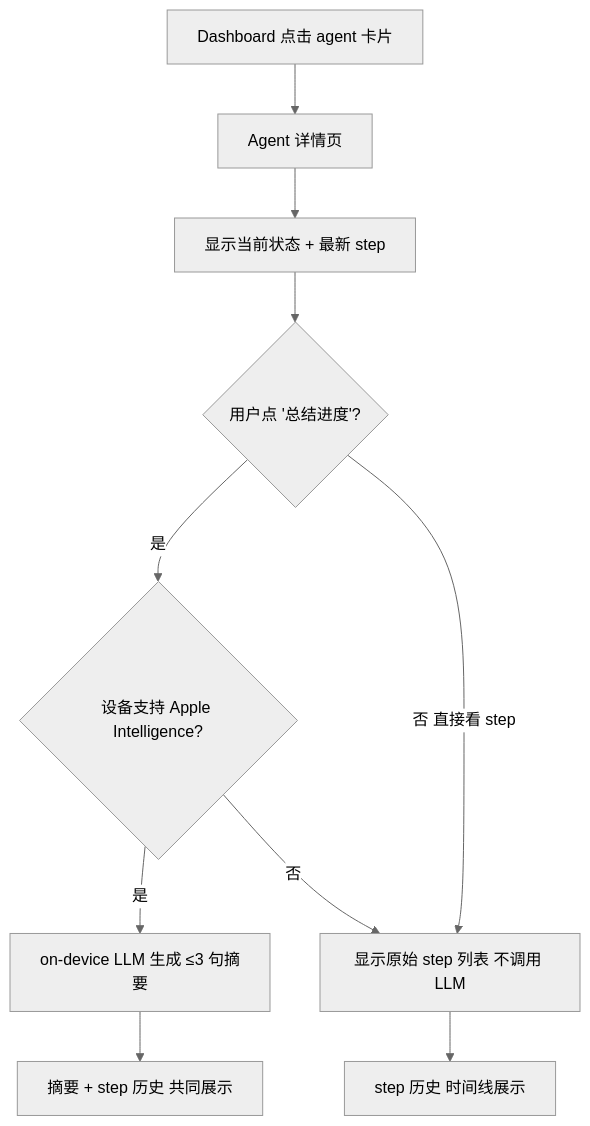
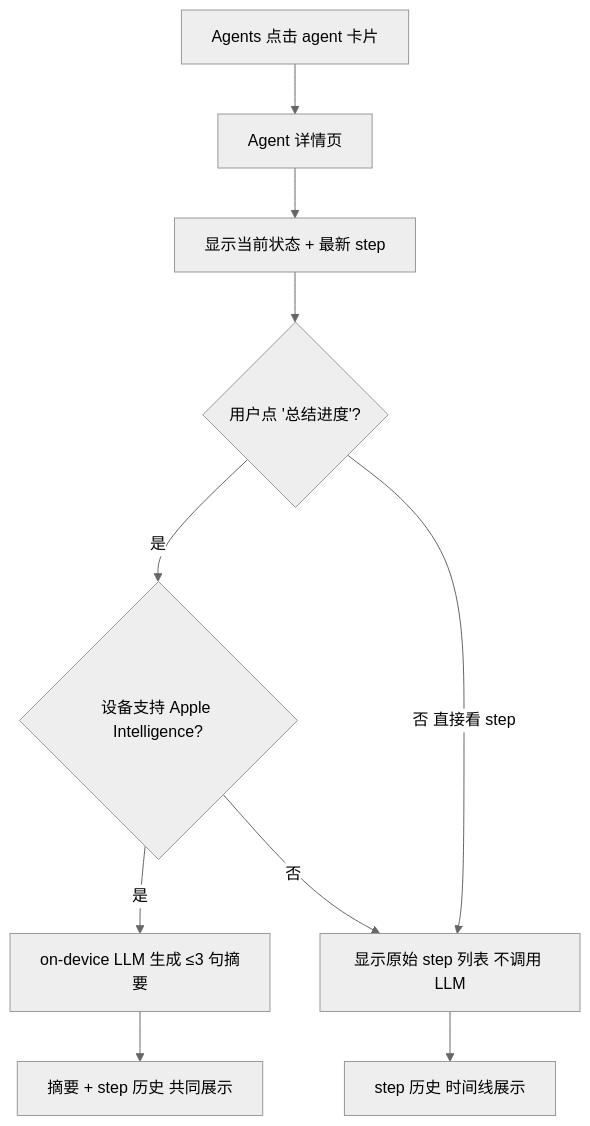
Before and after one commit to rtxIII/BarkMate: the second of 2 diagrams in doc/product.md, drawn with Mermaid (neutral theme). The commit also changed other lines of this file and 18 other files, not shown here.

````diff
--- a/doc/product.md
+++ b/doc/product.md
@@ -278,12 +252,12 @@
 ```mermaid
 flowchart TD
-    A[Dashboard 点击 agent 卡片] --> B[Agent 详情页]
+    A[Agents 点击 agent 卡片] --> B[Agent 详情页]
     B --> C[显示当前状态 + 最新 step]
     C --> D{用户点 '总结进度'?}
     D -->|是| E{设备支持 Apple Intelligence?}
     E -->|是| F[on-device LLM 生成 ≤3 句摘要]
     E -->|否| G[显示原始 step 列表 不调用 LLM]
     D -->|否 直接看 step| G
     F --> H[摘要 + step 历史 共同展示]
     G --> I[step 历史 时间线展示]
 ```
````
